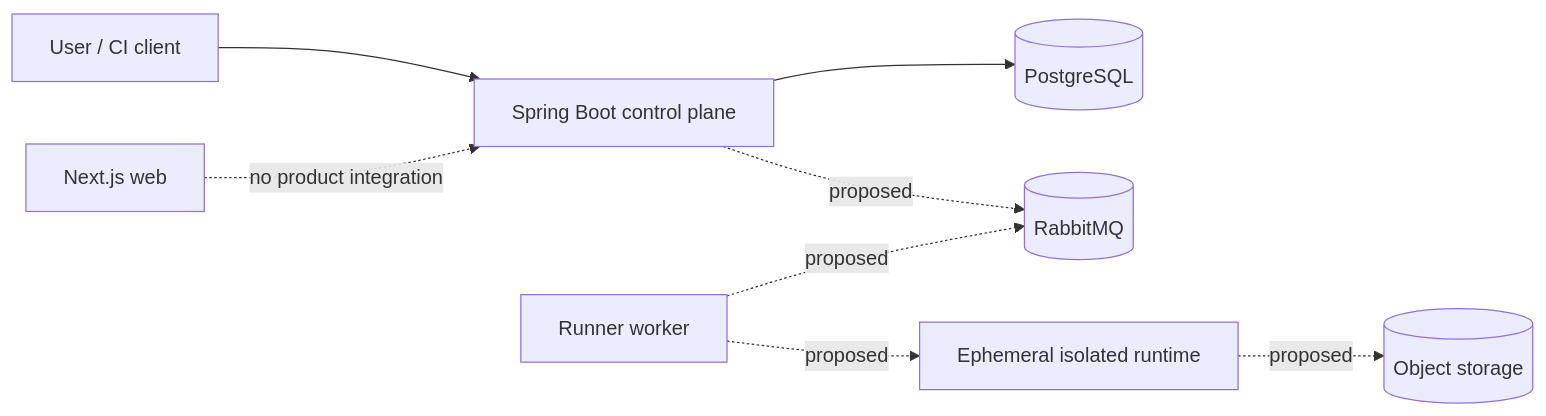
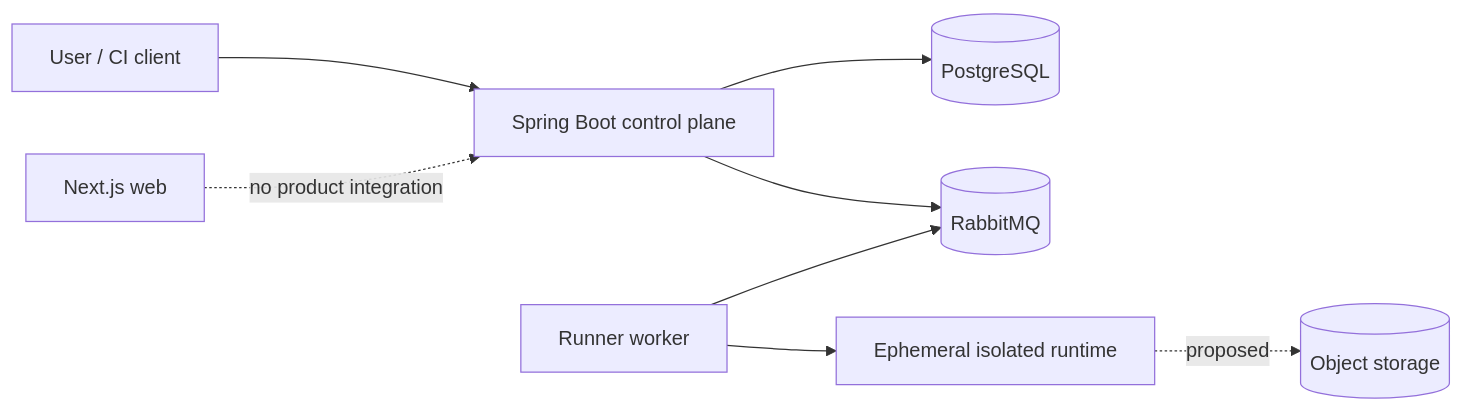
One commit to yannisyoussef/kaas changed the diagram in README.md. Above: the diagram before and after it, drawn with Mermaid. The commit also changed other lines of this file and 12 other files, not shown here.

````diff
--- a/README.md
+++ b/README.md
@@ -55,10 +55,10 @@
 ```mermaid
 flowchart LR
   User["User / CI client"] --> API["Spring Boot control plane"]
   Web["Next.js web"] -. no product integration .-> API
   API --> DB[(PostgreSQL)]
-  API -. proposed .-> Queue[(RabbitMQ)]
-  Worker["Runner worker"] -. proposed .-> Queue
-  Worker -. proposed .-> Sandbox["Ephemeral isolated runtime"]
+  API --> Queue[(RabbitMQ)]
+  Worker["Runner worker"] --> Queue
+  Worker --> Sandbox["Ephemeral isolated runtime"]
   Sandbox -. proposed .-> Objects[(Object storage)]
 ```
````
